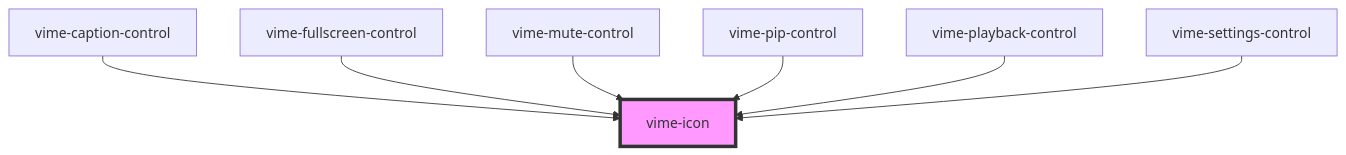
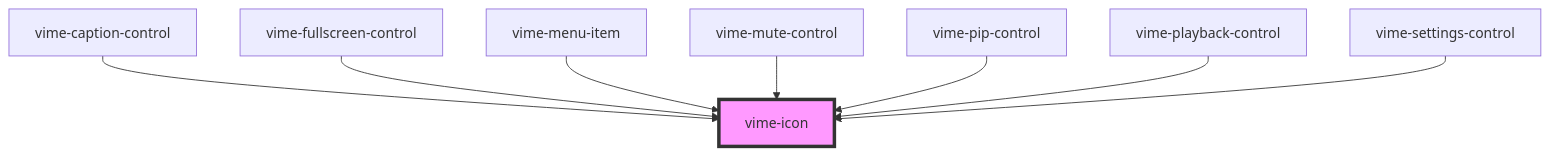
Before and after one commit to vime-js/vime: the diagram in packages/core/src/components/ui/icon/readme.md, drawn with Mermaid. The commit also changed other lines of this file and 85 other files, not shown here.

````diff
--- a/packages/core/src/components/ui/icon/readme.md
+++ b/packages/core/src/components/ui/icon/readme.md
@@ -59,10 +60,11 @@
 ```mermaid
 graph TD;
   vime-caption-control --> vime-icon
   vime-fullscreen-control --> vime-icon
+  vime-menu-item --> vime-icon
   vime-mute-control --> vime-icon
   vime-pip-control --> vime-icon
   vime-playback-control --> vime-icon
   vime-settings-control --> vime-icon
   style vime-icon fill:#f9f,stroke:#333,stroke-width:4px
 ```
````
